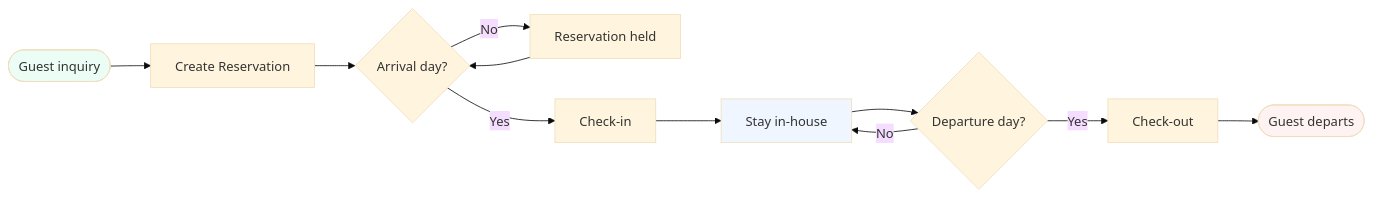
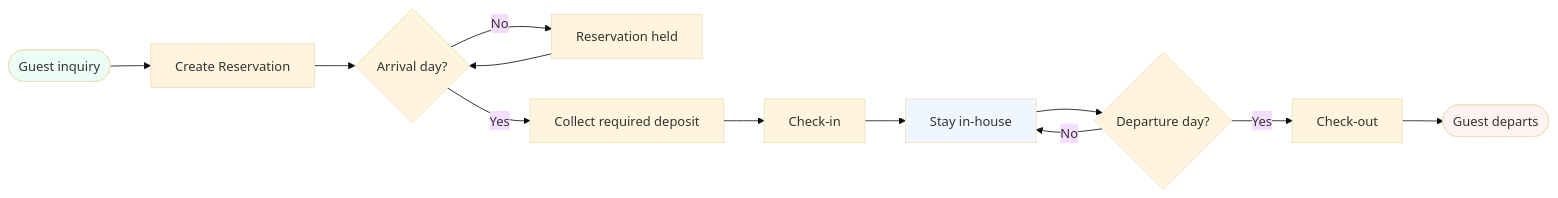
The first of 9 diagrams in docs/business_process_mvp.md (nurmareko/zadd-hotel-pms), drawn with Mermaid (base theme) before and after one commit. The commit also changed other lines of this file and 11 other files, not shown here.

````diff
--- a/docs/business_process_mvp.md
+++ b/docs/business_process_mvp.md
@@ -13,17 +13,18 @@
 ```mermaid
 flowchart LR
     A([Guest inquiry]) --> B[Create Reservation]
     B --> C{Arrival day?}
     C -->|No| D[Reservation held]
     D --> C
-    C -->|Yes| E[Check-in]
-    E --> F[Stay in-house]
+    C -->|Yes| E[Collect required deposit]
+    E --> J[Check-in]
+    J --> F[Stay in-house]
     F --> G{Departure day?}
     G -->|No| F
     G -->|Yes| H[Check-out]
     H --> I([Guest departs])
 
     style A fill:#ecfdf5
     style I fill:#fef2f2
     style F fill:#eff6ff
 ```
````
